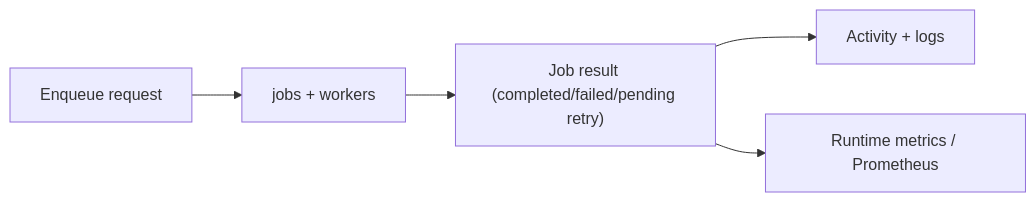
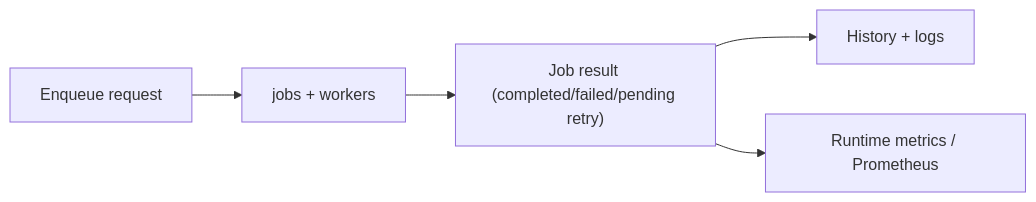
One commit to jampat000/Weir changed the second of 2 diagrams in ARCHITECTURE.md. Above: the diagram before and after it, drawn with Mermaid. The commit also changed other lines of this file and 115 other files, not shown here.

````diff
--- a/ARCHITECTURE.md
+++ b/ARCHITECTURE.md
@@ -86,7 +91,7 @@
 ```mermaid
 flowchart LR
   Enqueue["Enqueue request"] --> Jobs["jobs + workers"]
   Jobs --> Result["Job result (completed/failed/pending retry)"]
-  Result --> Activity["Activity + logs"]
+  Result --> History["History + logs"]
   Result --> Metrics["Runtime metrics / Prometheus"]
 ```
````
